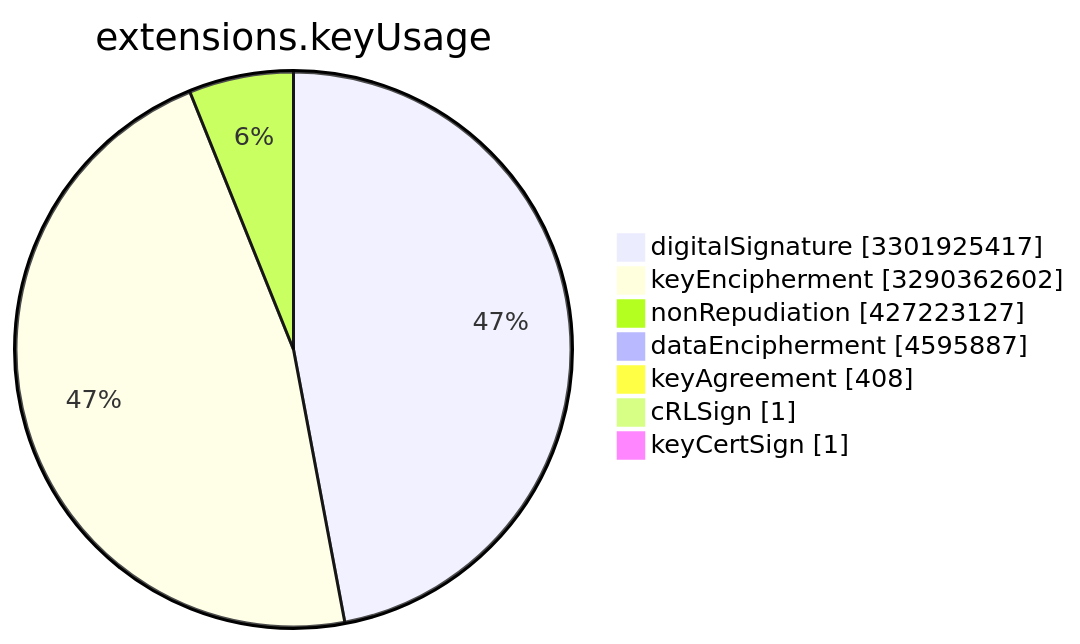
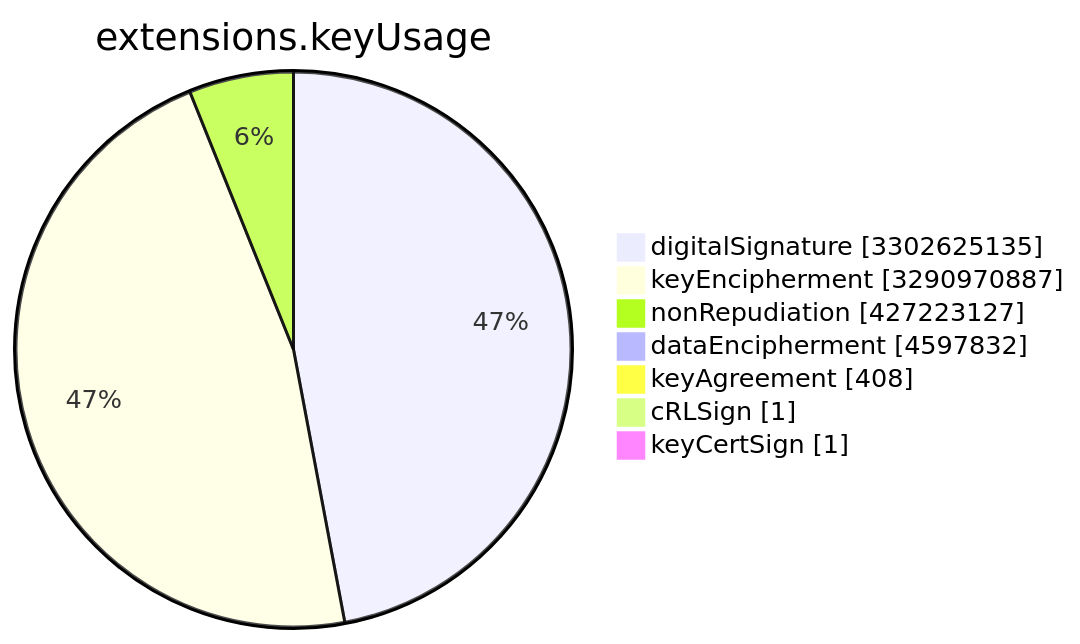
Before and after one commit to christiankrug/ctmonitor_visualization: the sixth of 15 diagrams in TOTAL/README.md, drawn with Mermaid. The commit also changed other lines of this file, not shown here.

````diff
--- a/TOTAL/README.md
+++ b/TOTAL/README.md
@@ -3078,11 +3078,11 @@
 ```mermaid
 pie showData
 title extensions.keyUsage
-"digitalSignature" :3301925417
-"keyEncipherment" :3290362602
+"digitalSignature" :3302625135
+"keyEncipherment" :3290970887
 "nonRepudiation" :427223127
-"dataEncipherment" :4595887
+"dataEncipherment" :4597832
 "keyAgreement" :408
 "cRLSign" :1
 "keyCertSign" :1
 ```
````
